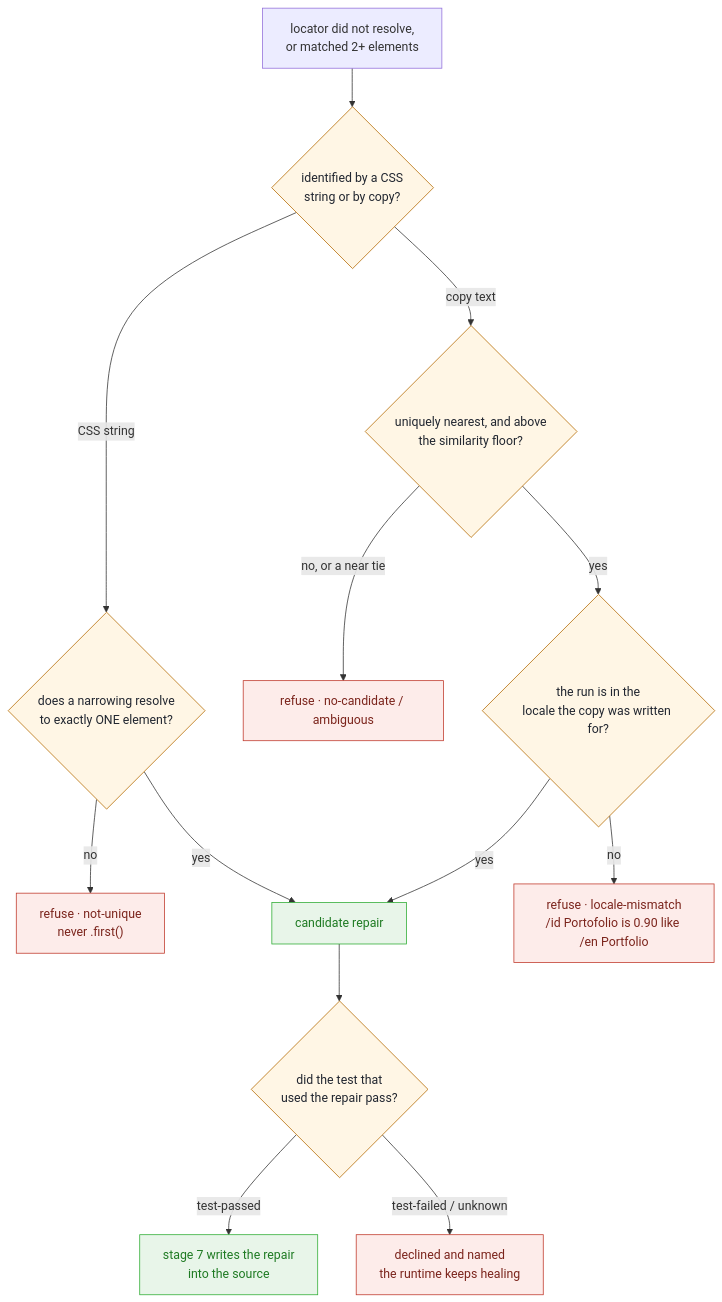
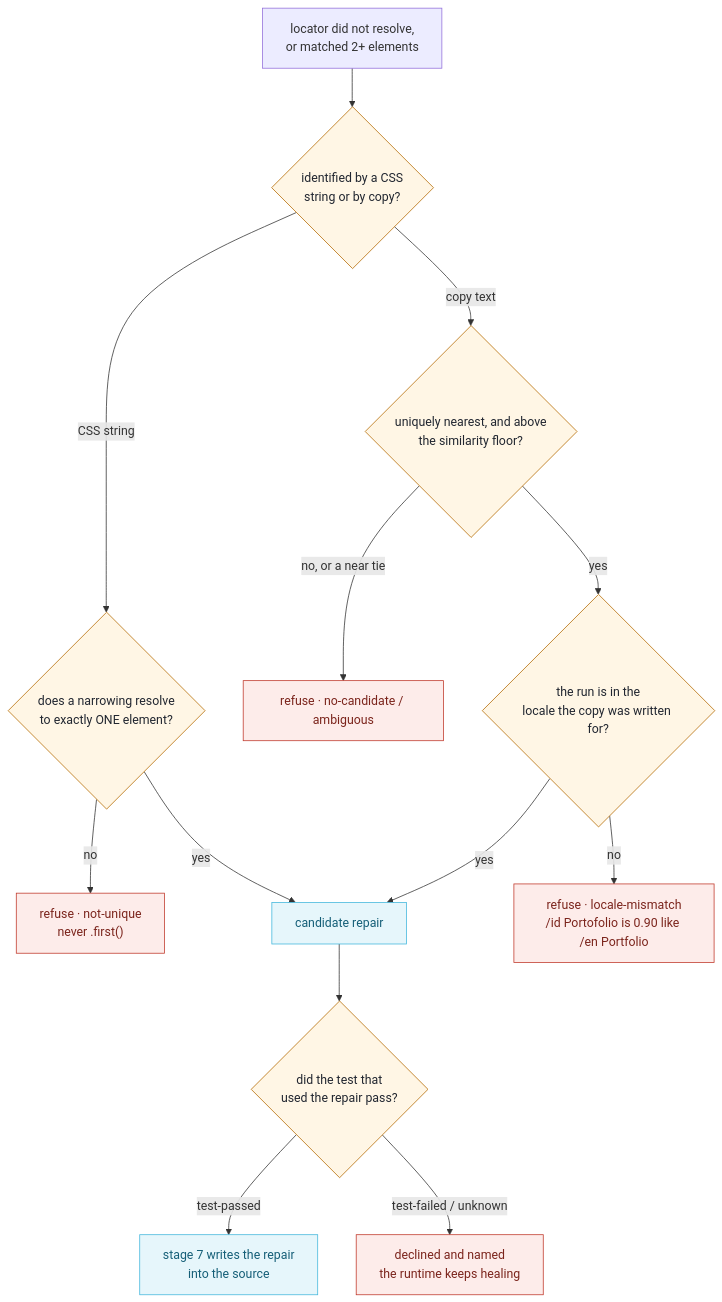
Before and after one commit to yogap02/pwxai: the third of 5 diagrams in WORKFLOW.md, drawn with Mermaid. The commit also changed other lines of this file and 21 other files, not shown here.

````diff
--- a/WORKFLOW.md
+++ b/WORKFLOW.md
@@ -136,22 +148,22 @@
 ```mermaid
 flowchart TD
     F["locator did not resolve,<br/>or matched 2+ elements"] --> Q{"identified by a CSS<br/>string or by copy?"}
     Q -- "CSS string" --> N{"does a narrowing resolve<br/>to exactly ONE element?"}
     N -- "no" --> R1["refuse · not-unique<br/>never .first()"]
     N -- "yes" --> CAND["candidate repair"]
     Q -- "copy text" --> CP{"uniquely nearest, and above<br/>the similarity floor?"}
     CP -- "no, or a near tie" --> R2["refuse · no-candidate / ambiguous"]
     CP -- "yes" --> LC{"the run is in the<br/>locale the copy was written for?"}
     LC -- "no" --> R3["refuse · locale-mismatch<br/>/id Portofolio is 0.90 like /en Portfolio"]
     LC -- "yes" --> CAND
     CAND --> T{"did the test that<br/>used the repair pass?"}
     T -- "test-passed" --> W["stage 7 writes the repair<br/>into the source"]
     T -- "test-failed / unknown" --> D["declined and named<br/>the runtime keeps healing"]
 
     classDef gate fill:#FFF6E5,stroke:#B46A00,color:#212630
     classDef bad fill:#FDECEA,stroke:#C0392B,color:#7B241C
-    classDef good fill:#E8F5E9,stroke:#2EAD33,color:#1E7A22
+    classDef good fill:#E6F6FB,stroke:#43B7DC,color:#145E77
     class Q,N,CP,LC,T gate
     class R1,R2,R3,D bad
     class CAND,W good
 ```
````
